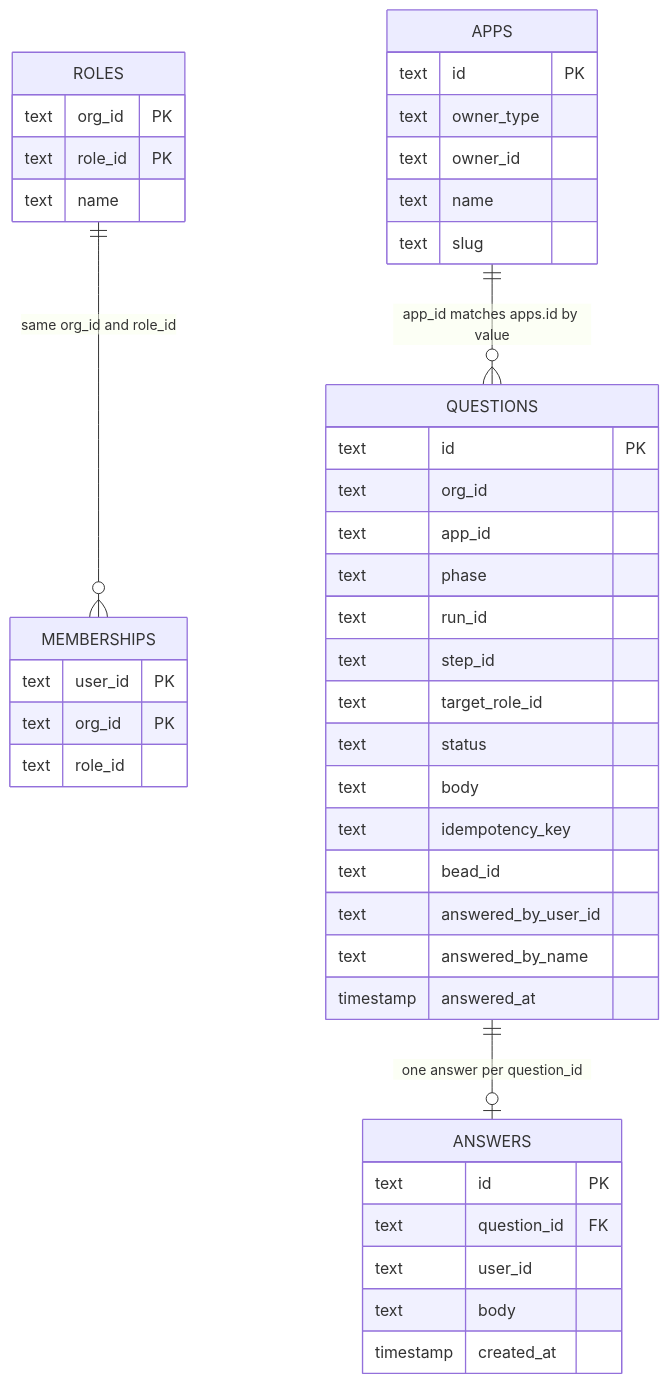
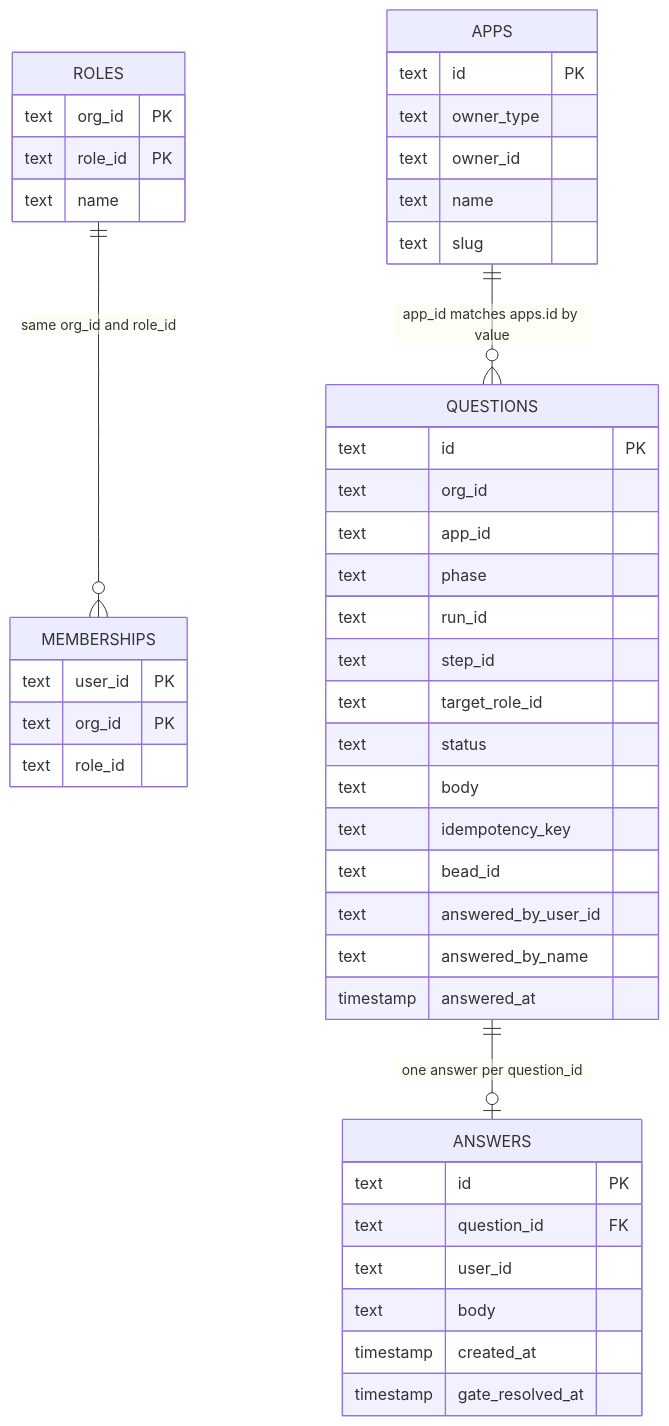
Before and after one commit to Awannaphasch2016/dyad: the seventh of 7 diagrams in docs/hitl-architecture.md, drawn with Mermaid. The commit also changed other lines of this file, not shown here.

````diff
--- a/docs/hitl-architecture.md
+++ b/docs/hitl-architecture.md
@@ -296,47 +302,48 @@
 ```mermaid
 erDiagram
   ROLES {
     text org_id PK
     text role_id PK
     text name
   }
   MEMBERSHIPS {
     text user_id PK
     text org_id PK
     text role_id
   }
   APPS {
     text id PK
     text owner_type
     text owner_id
     text name
     text slug
   }
   QUESTIONS {
     text id PK
     text org_id
     text app_id
     text phase
     text run_id
     text step_id
     text target_role_id
     text status
     text body
     text idempotency_key
     text bead_id
     text answered_by_user_id
     text answered_by_name
     timestamp answered_at
   }
   ANSWERS {
     text id PK
     text question_id FK
     text user_id
     text body
     timestamp created_at
+    timestamp gate_resolved_at
   }
 
   ROLES ||--o{ MEMBERSHIPS : "same org_id and role_id"
   APPS ||--o{ QUESTIONS : "app_id matches apps.id by value"
   QUESTIONS ||--o| ANSWERS : "one answer per question_id"
 ```
````
